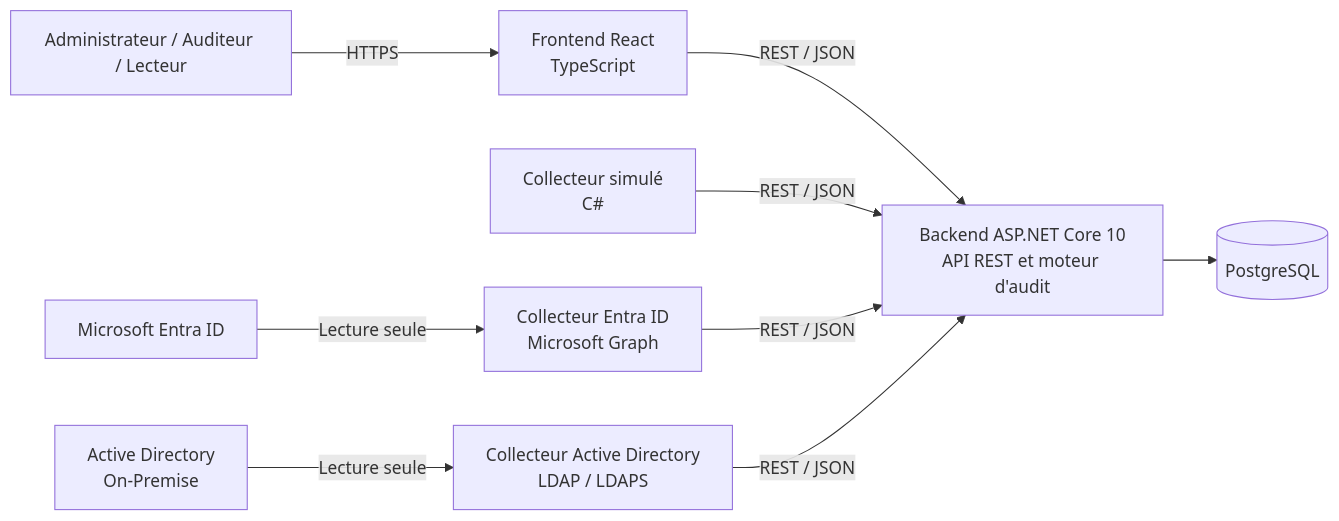
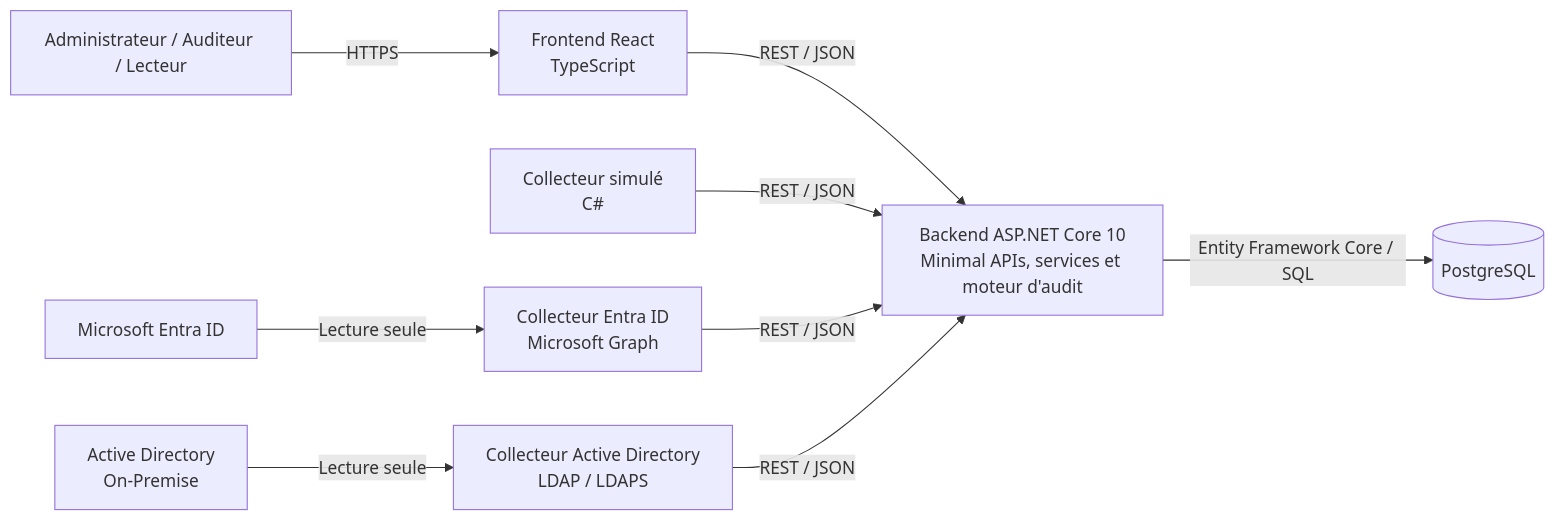
One commit to crossword12/identity-audit changed the first of 3 diagrams in docs/04-architecture-technique.md. Above: the diagram before and after it, drawn with Mermaid. The commit also changed other lines of this file, not shown here.

Commit message:
Mise à jour de l'architecture et des optimisations PostgreSQL

````diff
--- a/docs/04-architecture-technique.md
+++ b/docs/04-architecture-technique.md
@@ -14,31 +24,31 @@
 ```mermaid
 flowchart LR
     USER[Administrateur / Auditeur / Lecteur]
 
     FRONTEND[Frontend React<br/>TypeScript]
 
-    BACKEND[Backend ASP.NET Core 10<br/>API REST et moteur d'audit]
+    BACKEND[Backend ASP.NET Core 10<br/>Minimal APIs, services et moteur d'audit]
 
     DATABASE[(PostgreSQL)]
 
     MOCK[Collecteur simulé<br/>C#]
 
     ENTRA[Collecteur Entra ID<br/>Microsoft Graph]
 
     AD[Collecteur Active Directory<br/>LDAP / LDAPS]
 
     ENTRA_TARGET[Microsoft Entra ID]
 
     AD_TARGET[Active Directory<br/>On-Premise]
 
     USER -->|HTTPS| FRONTEND
     FRONTEND -->|REST / JSON| BACKEND
-    BACKEND --> DATABASE
+    BACKEND -->|Entity Framework Core / SQL| DATABASE
 
     MOCK -->|REST / JSON| BACKEND
     ENTRA -->|REST / JSON| BACKEND
     AD -->|REST / JSON| BACKEND
 
     ENTRA_TARGET -->|Lecture seule| ENTRA
     AD_TARGET -->|Lecture seule| AD
 ```
````
